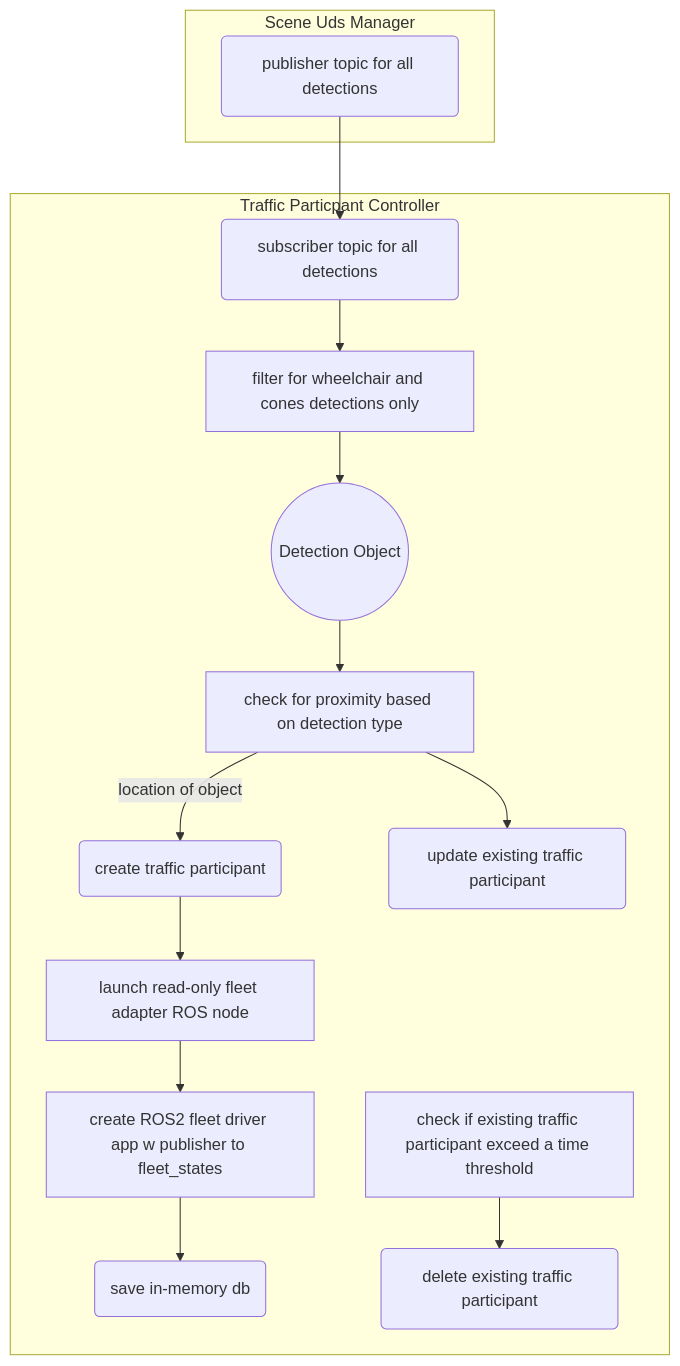
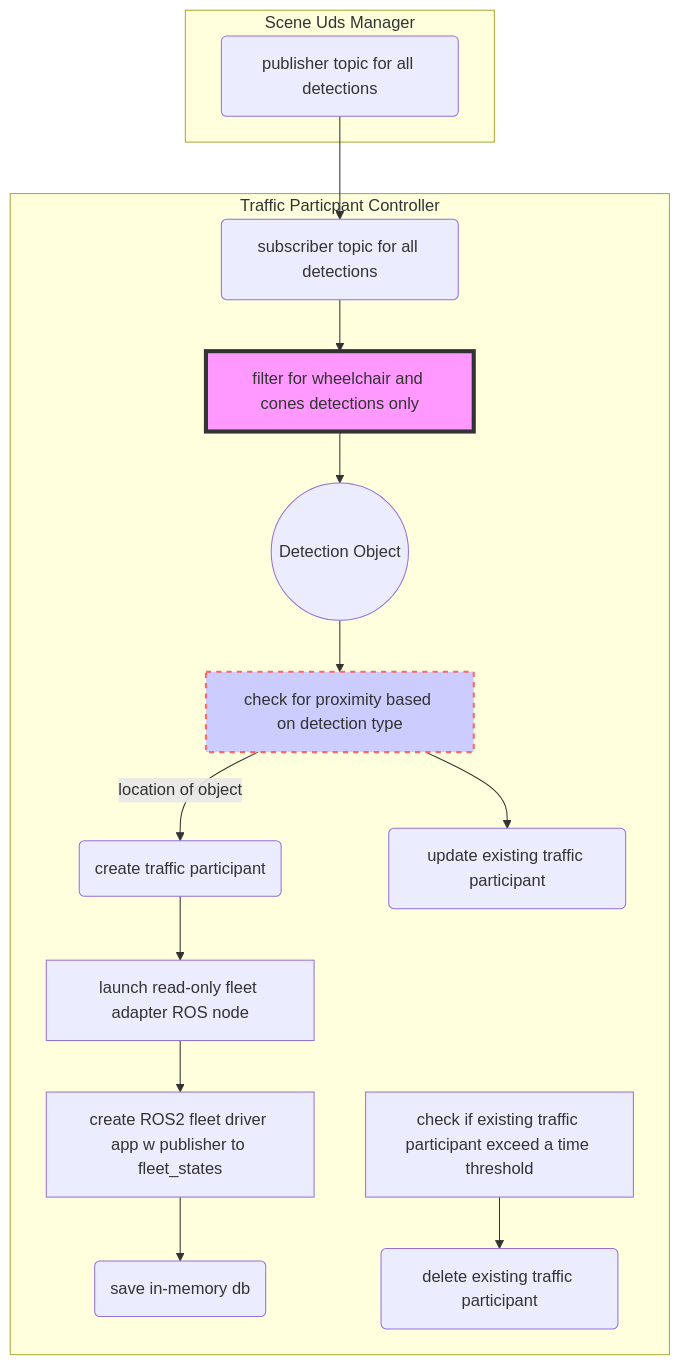
One commit to mxgrey/su_traffic_participant changed the diagram in README.md. Above: the diagram before and after it, drawn with Mermaid.

````diff
--- a/README.md
+++ b/README.md
@@ -5,19 +5,21 @@
 ```mermaid
 graph TB
 
   Publisher --> Subscriber
   subgraph "Scene Uds Manager"
   Publisher(publisher topic for all detections)
   end
 
   subgraph "Traffic Particpant Controller"
   Subscriber(subscriber topic for all detections)
   Subscriber --> FindClass[filter for wheelchair and cones detections only] --> Detection((Detection Object))
   Detection --> Proximity[check for proximity based on detection type]
+  style FindClass fill:#f9f,stroke:#333,stroke-width:4px
+  style Proximity fill:#ccf,stroke:#f66,stroke-width:2px,stroke-dasharray: 5, 5
   Proximity -- location of object --> Create(create traffic participant)
   Create --> C1[launch read-only fleet adapter ROS node] --> C2[create ROS2 fleet driver app w publisher to fleet_states] --> Save(save in-memory db)
   Proximity --> Update(update existing traffic participant)
   CountdownTimer[check if existing traffic participant exceed a time threshold] --> Delete(delete existing traffic participant)
 
 end
 ```
````
